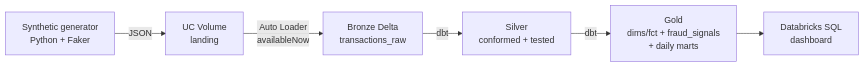
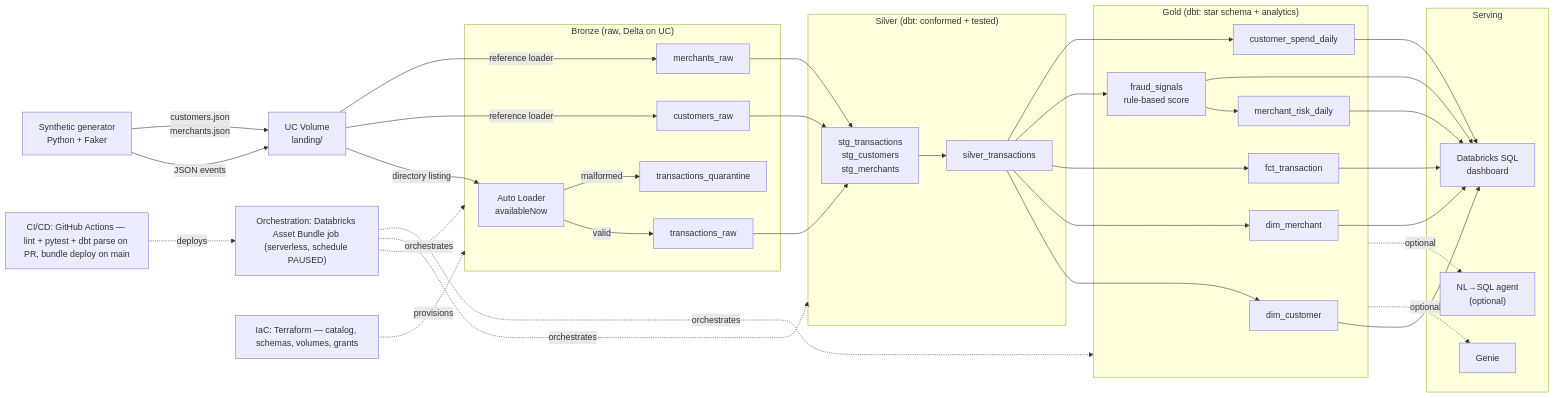
Before and after one commit to TanishChauhan/transaction-intelligence-lakehouse: the diagram in README.md, drawn with Mermaid. The commit also changed other lines of this file and 1 other file, not shown here.

First line of the commit message:
Phase 10: finalize docs (README + architecture, Mermaid diagrams)

````diff
--- a/README.md
+++ b/README.md
@@ -19,8 +15,70 @@
 ```mermaid
 flowchart LR
-    GEN["Synthetic generator<br/>Python + Faker"] -->|JSON| VOL["UC Volume<br/>landing"]
-    VOL -->|Auto Loader<br/>availableNow| BRONZE["Bronze Delta<br/>transactions_raw"]
-    BRONZE -->|dbt| SILVER["Silver<br/>conformed + tested"]
-    SILVER -->|dbt| GOLD["Gold<br/>dims/fct + fraud_signals<br/>+ daily marts"]
-    GOLD --> DASH["Databricks SQL<br/>dashboard"]
+    GEN["Synthetic generator<br/>Python + Faker"] -->|"JSON events"| LAND["UC Volume<br/>landing/"]
+    GEN -->|"customers.json<br/>merchants.json"| LAND
+
+    subgraph BRONZE["Bronze (raw, Delta on UC)"]
+        AL["Auto Loader<br/>availableNow"]
+        TR["transactions_raw"]
+        QT["transactions_quarantine"]
+        CR["customers_raw"]
+        MR["merchants_raw"]
+    end
+
+    LAND -->|"directory listing"| AL
+    AL -->|"valid"| TR
+    AL -->|"malformed"| QT
+    LAND -->|"reference loader"| CR
+    LAND -->|"reference loader"| MR
+
+    subgraph SILVER["Silver (dbt: conformed + tested)"]
+        STG["stg_transactions<br/>stg_customers<br/>stg_merchants"]
+        ST["silver_transactions"]
+    end
+
+    TR --> STG
+    CR --> STG
+    MR --> STG
+    STG --> ST
+
+    subgraph GOLD["Gold (dbt: star schema + analytics)"]
+        DIMC["dim_customer"]
+        DIMM["dim_merchant"]
+        FCT["fct_transaction"]
+        FS["fraud_signals<br/>rule-based score"]
+        CSD["customer_spend_daily"]
+        MRD["merchant_risk_daily"]
+    end
+
+    ST --> DIMC
+    ST --> DIMM
+    ST --> FCT
+    ST --> FS
+    ST --> CSD
+    FS --> MRD
+
+    subgraph SERVE["Serving"]
+        DASH["Databricks SQL<br/>dashboard"]
+        GENIE["Genie"]
+        AGENT["NL→SQL agent<br/>(optional)"]
+    end
+
+    DIMC --> DASH
+    DIMM --> DASH
+    FCT --> DASH
+    FS --> DASH
+    CSD --> DASH
+    MRD --> DASH
+    GOLD -.optional.-> GENIE
+    GOLD -.optional.-> AGENT
+
+    ORCH["Orchestration: Databricks Asset Bundle job (serverless, schedule PAUSED)"]
+    IAC["IaC: Terraform — catalog, schemas, volumes, grants"]
+    CICD["CI/CD: GitHub Actions — lint + pytest + dbt parse on PR, bundle deploy on main"]
+
+    ORCH -.orchestrates.-> BRONZE
+    ORCH -.orchestrates.-> SILVER
+    ORCH -.orchestrates.-> GOLD
+    IAC -.provisions.-> BRONZE
+    CICD -.deploys.-> ORCH
 ```
````
